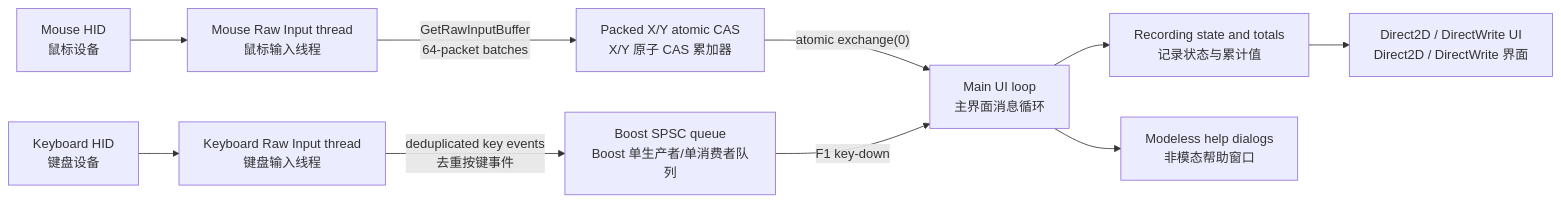
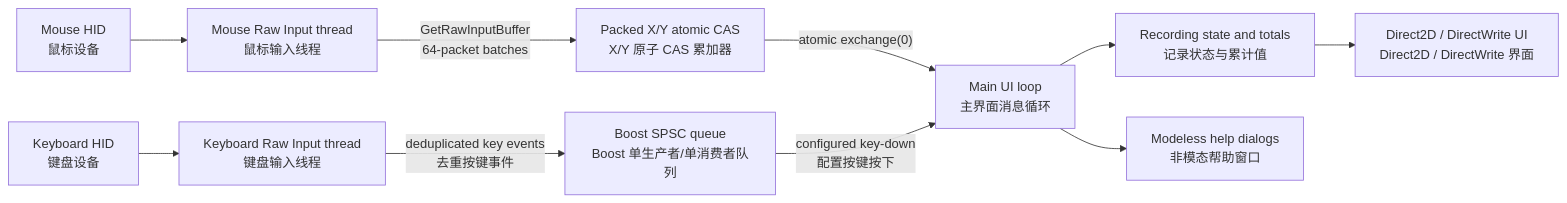
One commit to wozuobuchu/WinMouseSensConverter changed the diagram in README.md. Above: the diagram before and after it, drawn with Mermaid. The commit also changed other lines of this file and 5 other files, not shown here.

````diff
--- a/README.md
+++ b/README.md
@@ -173,14 +176,14 @@
 ```mermaid
 flowchart LR
     HIDM["Mouse HID<br/>鼠标设备"] --> MT["Mouse Raw Input thread<br/>鼠标输入线程"]
     MT -->|"GetRawInputBuffer<br/>64-packet batches"| CAS["Packed X/Y atomic CAS<br/>X/Y 原子 CAS 累加器"]
     CAS -->|"atomic exchange(0)"| ML["Main UI loop<br/>主界面消息循环"]
 
     HIDK["Keyboard HID<br/>键盘设备"] --> KT["Keyboard Raw Input thread<br/>键盘输入线程"]
     KT -->|"deduplicated key events<br/>去重按键事件"| Q["Boost SPSC queue<br/>Boost 单生产者/单消费者队列"]
-    Q -->|"F1 key-down"| ML
+    Q -->|"configured key-down<br/>配置按键按下"| ML
 
     ML --> RS["Recording state and totals<br/>记录状态与累计值"]
     RS --> UI["Direct2D / DirectWrite UI<br/>Direct2D / DirectWrite 界面"]
     ML --> DLG["Modeless help dialogs<br/>非模态帮助窗口"]
 ```
````
